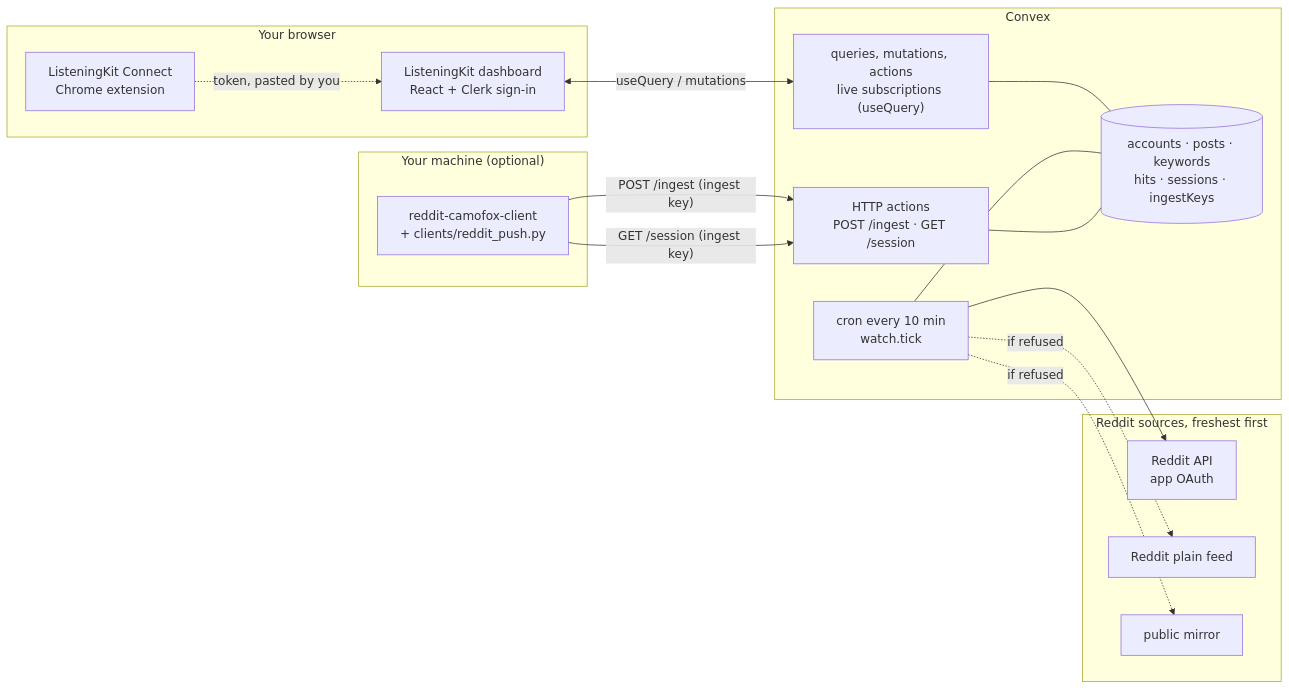
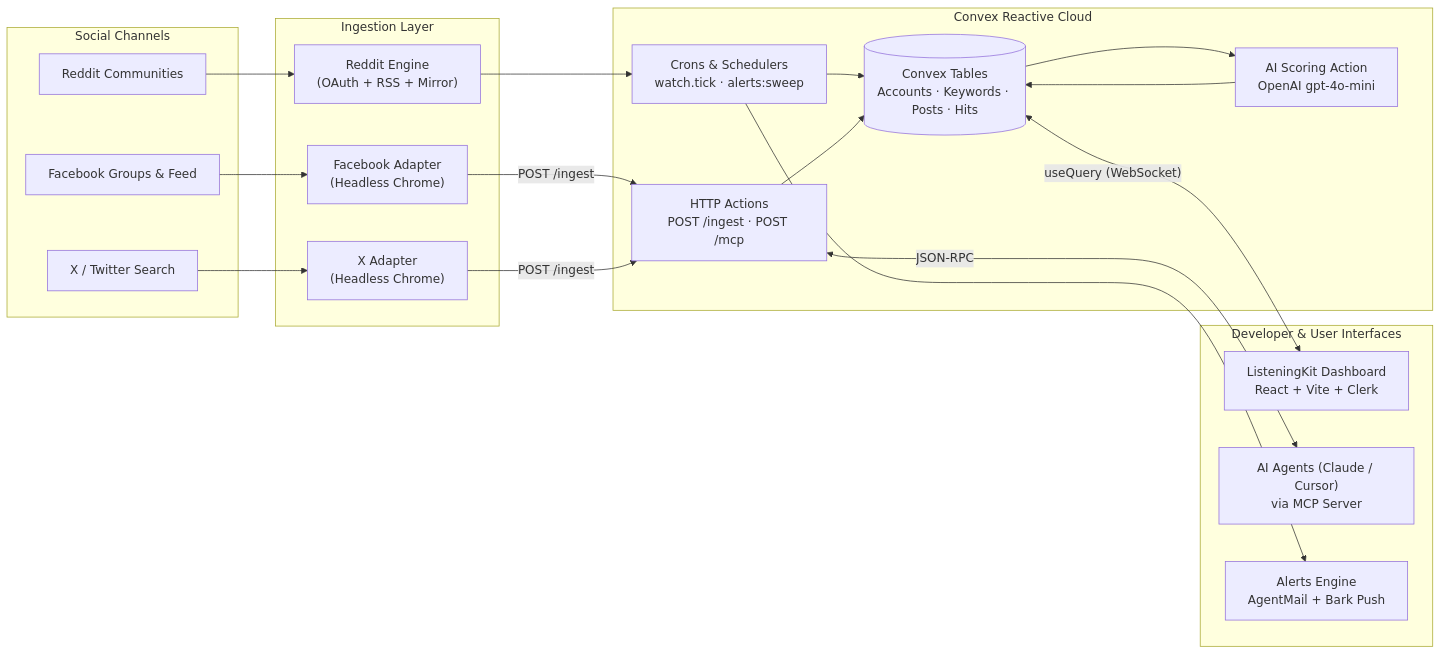
The second of 2 diagrams in README.md (matthewdonsemail-lab/log), drawn with Mermaid before and after one commit. The commit also changed other lines of this file and 20 other files, not shown here.

Commit message:
docs: reorganize README, add banner, split guides, add diagrams and MIT license

````diff
--- a/README.md
+++ b/README.md
@@ -64,31 +103,42 @@
 ```mermaid
 flowchart LR
-  subgraph browser["Your browser"]
-    UI["ListeningKit dashboard<br/>React + Clerk sign-in"]
-    EXT["ListeningKit Connect<br/>Chrome extension"]
+  subgraph sources["Social Channels"]
+    FB[Facebook Groups & Feed]
+    XT[X / Twitter Search]
+    RD[Reddit Communities]
   end
-  subgraph convex["Convex"]
-    FN["queries, mutations, actions<br/>live subscriptions (useQuery)"]
-    CRON["cron every 10 min<br/>watch.tick"]
-    HTTP["HTTP actions<br/>POST /ingest · GET /session"]
-    DB[("accounts · posts · keywords<br/>hits · sessions · ingestKeys")]
+
+  subgraph ingest["Ingestion Layer"]
+    FBC["Facebook Adapter<br/>(Headless Chrome)"]
+    XTC["X Adapter<br/>(Headless Chrome)"]
+    RDC["Reddit Engine<br/>(OAuth + RSS + Mirror)"]
   end
-  subgraph reddit["Reddit sources, freshest first"]
-    API["Reddit API<br/>app OAuth"]
-    RSS["Reddit plain feed"]
-    MIR["public mirror"]
+
+  subgraph convex["Convex Reactive Cloud"]
+    DB[("Convex Tables<br/>Accounts · Keywords · Posts · Hits")]
+    CRON["Crons & Schedulers<br/>watch.tick · alerts:sweep"]
+    AI["AI Scoring Action<br/>OpenAI gpt-4o-mini"]
+    HTTP["HTTP Actions<br/>POST /ingest · POST /mcp"]
   end
-  subgraph local["Your machine (optional)"]
-    CAMO["reddit-camofox-client<br/>+ clients/reddit_push.py"]
+
+  subgraph consumers["Developer & User Interfaces"]
+    DASH["ListeningKit Dashboard<br/>React + Vite + Clerk"]
+    MCP_CLI["AI Agents (Claude / Cursor)<br/>via MCP Server"]
+    ALERTS["Alerts Engine<br/>AgentMail + Bark Push"]
   end
-  UI <-->|"useQuery / mutations"| FN
-  EXT -.->|"token, pasted by you"| UI
-  CRON --> API
-  CRON -.->|"if refused"| RSS
-  CRON -.->|"if refused"| MIR
-  CAMO -->|"POST /ingest (ingest key)"| HTTP
-  CAMO -->|"GET /session (ingest key)"| HTTP
-  FN --- DB
-  CRON --- DB
-  HTTP --- DB
+
+  FB --> FBC
+  XT --> XTC
+  RD --> RDC
+
+  FBC & XTC -->|POST /ingest| HTTP
+  RDC --> CRON
+  CRON --> DB
+  HTTP --> DB
+  DB --> AI
+  AI --> DB
+
+  DB <-->|"useQuery (WebSocket)"| DASH
+  HTTP <-->|"JSON-RPC"| MCP_CLI
+  CRON --> ALERTS
 ```
````
